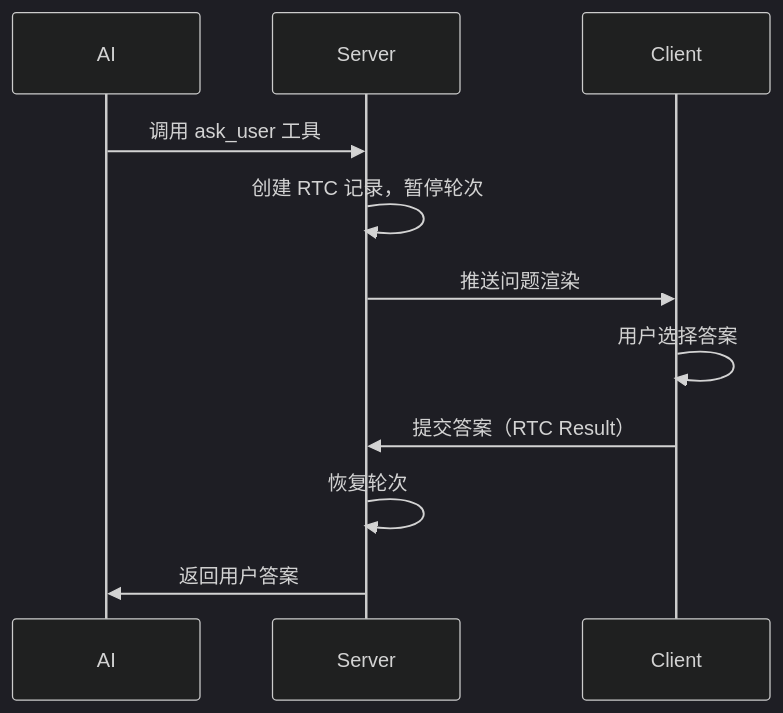
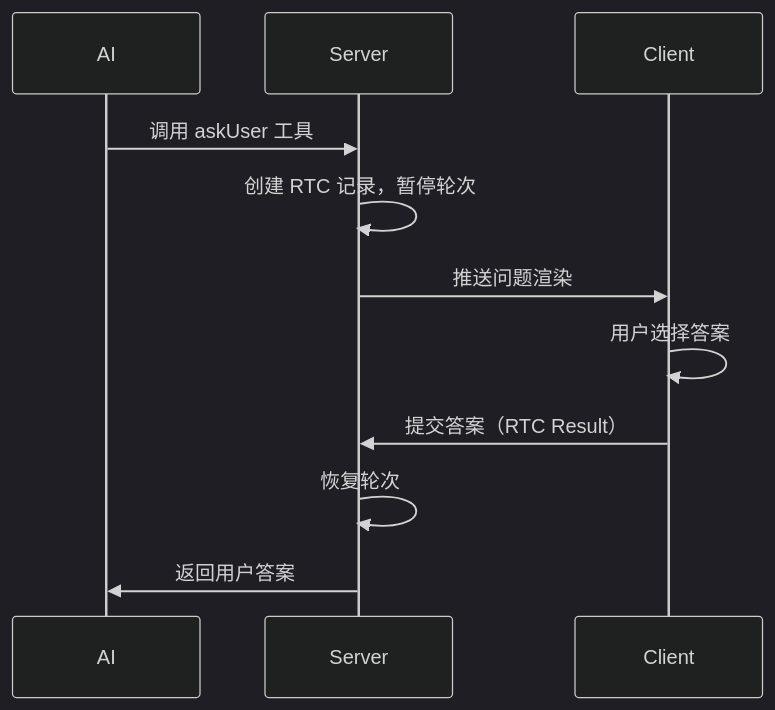
The fourth of 6 diagrams in src/content/docs/features/llm-tools.md (rtc-agent/docs), drawn with Mermaid (dark theme) before and after one commit. The commit also changed other lines of this file and 13 other files, not shown here.

````diff
--- a/src/content/docs/features/llm-tools.md
+++ b/src/content/docs/features/llm-tools.md
@@ -221,14 +221,14 @@
 ```mermaid
 sequenceDiagram
     participant AI
     participant Server
     participant Client
 
-    AI->>Server: 调用 ask_user 工具
+    AI->>Server: 调用 askUser 工具
     Server->>Server: 创建 RTC 记录，暂停轮次
     Server->>Client: 推送问题渲染
     Client->>Client: 用户选择答案
     Client->>Server: 提交答案（RTC Result）
     Server->>Server: 恢复轮次
     Server->>AI: 返回用户答案
 ```
````
